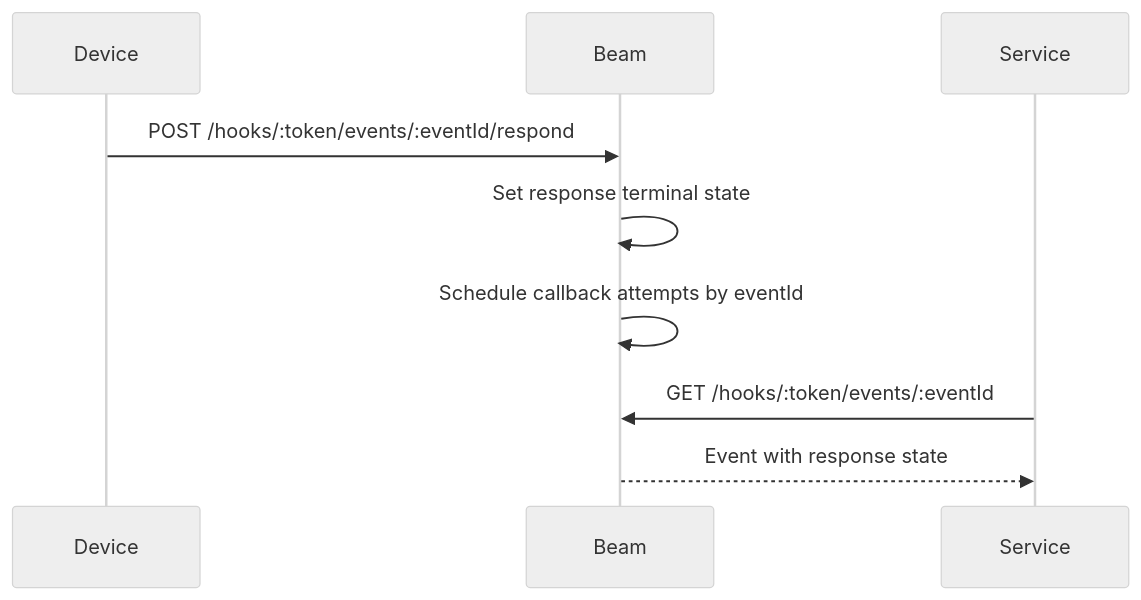
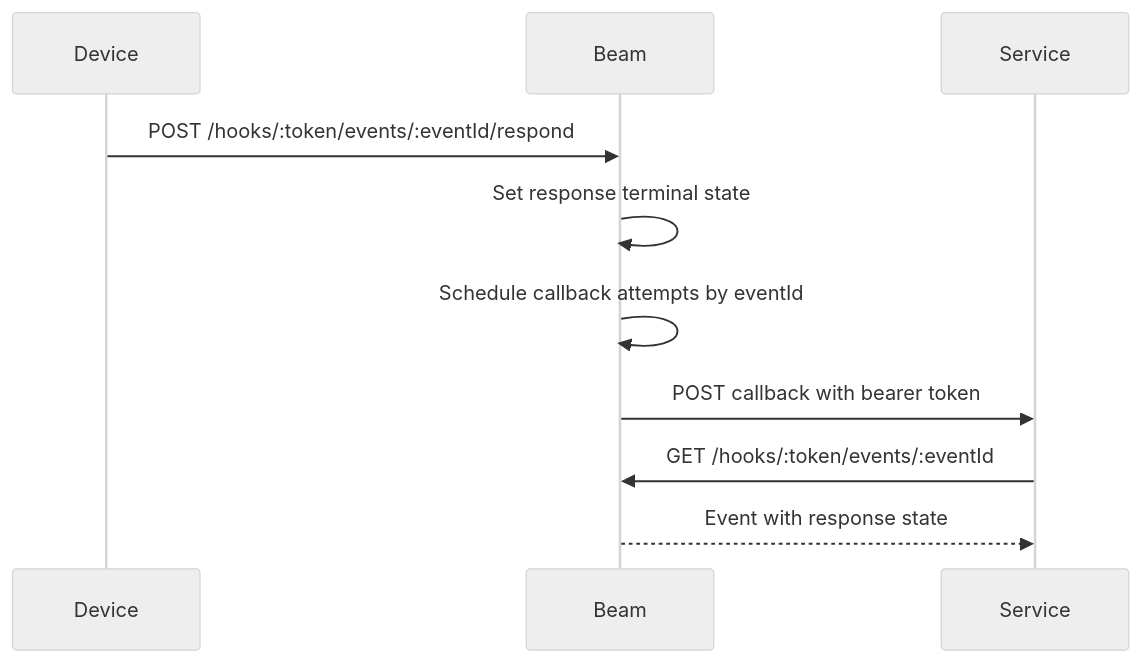
Before and after one commit to dotbrains/beam: the third of 4 diagrams in docs/api.md, drawn with Mermaid (neutral theme). The commit also changed other lines of this file and 8 other files, not shown here.

````diff
--- a/docs/api.md
+++ b/docs/api.md
@@ -146,11 +146,12 @@
 ```mermaid
 sequenceDiagram
   participant Device
   participant Beam
   participant Service
   Device->>Beam: POST /hooks/:token/events/:eventId/respond
   Beam->>Beam: Set response terminal state
   Beam->>Beam: Schedule callback attempts by eventId
+  Beam->>Service: POST callback with bearer token
   Service->>Beam: GET /hooks/:token/events/:eventId
   Beam-->>Service: Event with response state
 ```
````
